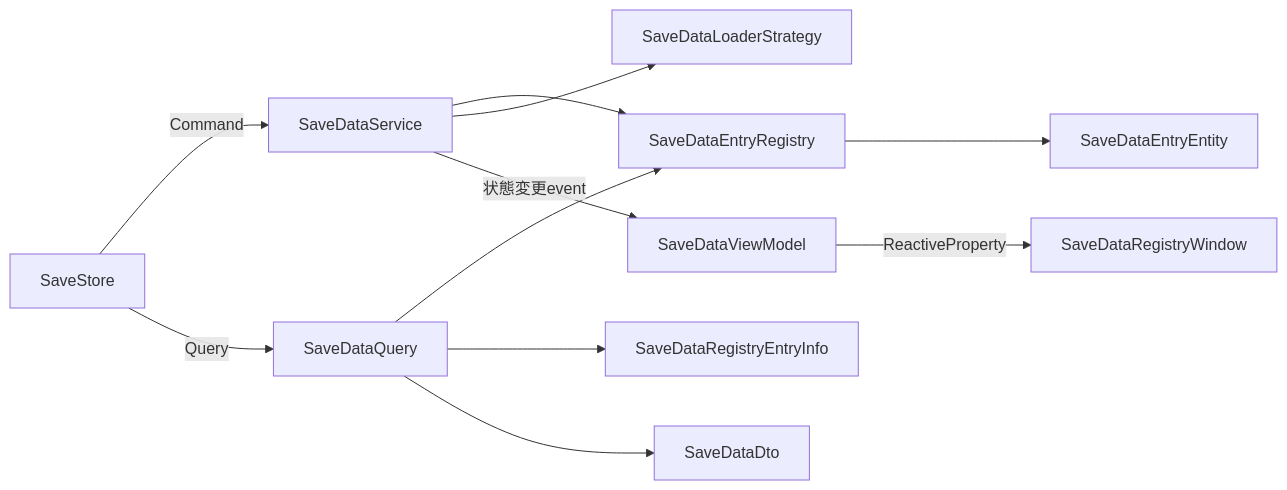
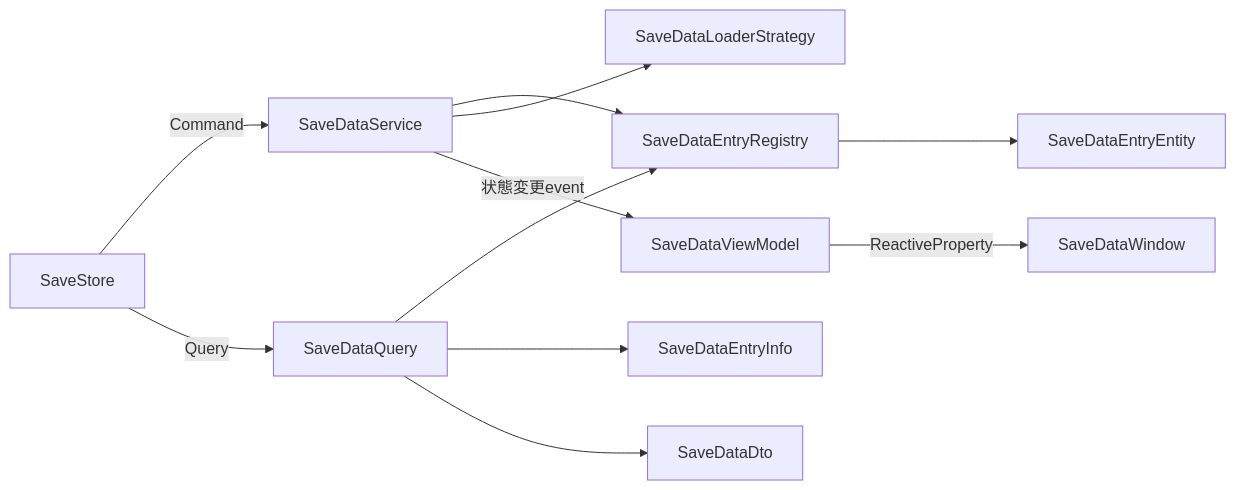
One commit to HIBIKI5201/SymphonyFramework changed the sixth of 9 diagrams in Documentation~/Architecture.md. Above: the diagram before and after it, drawn with Mermaid. The commit also changed other lines of this file and 2 other files, not shown here.

````diff
--- a/Documentation~/Architecture.md
+++ b/Documentation~/Architecture.md
@@ -213,13 +213,13 @@
 ```mermaid
 flowchart LR
     Facade["SaveStore"] -->|Command| Service["SaveDataService"]
     Service --> Registry["SaveDataEntryRegistry"]
     Registry --> Entity["SaveDataEntryEntity"]
     Facade -->|Query| Query["SaveDataQuery"]
     Query --> Registry
-    Query --> Info["SaveDataRegistryEntryInfo"]
+    Query --> Info["SaveDataEntryInfo"]
     Query --> Dto["SaveDataDto"]
     Service --> Loader["SaveDataLoaderStrategy"]
     Service -->|状態変更event| ViewModel["SaveDataViewModel"]
-    ViewModel -->|ReactiveProperty| Window["SaveDataRegistryWindow"]
+    ViewModel -->|ReactiveProperty| Window["SaveDataWindow"]
 ```
````
